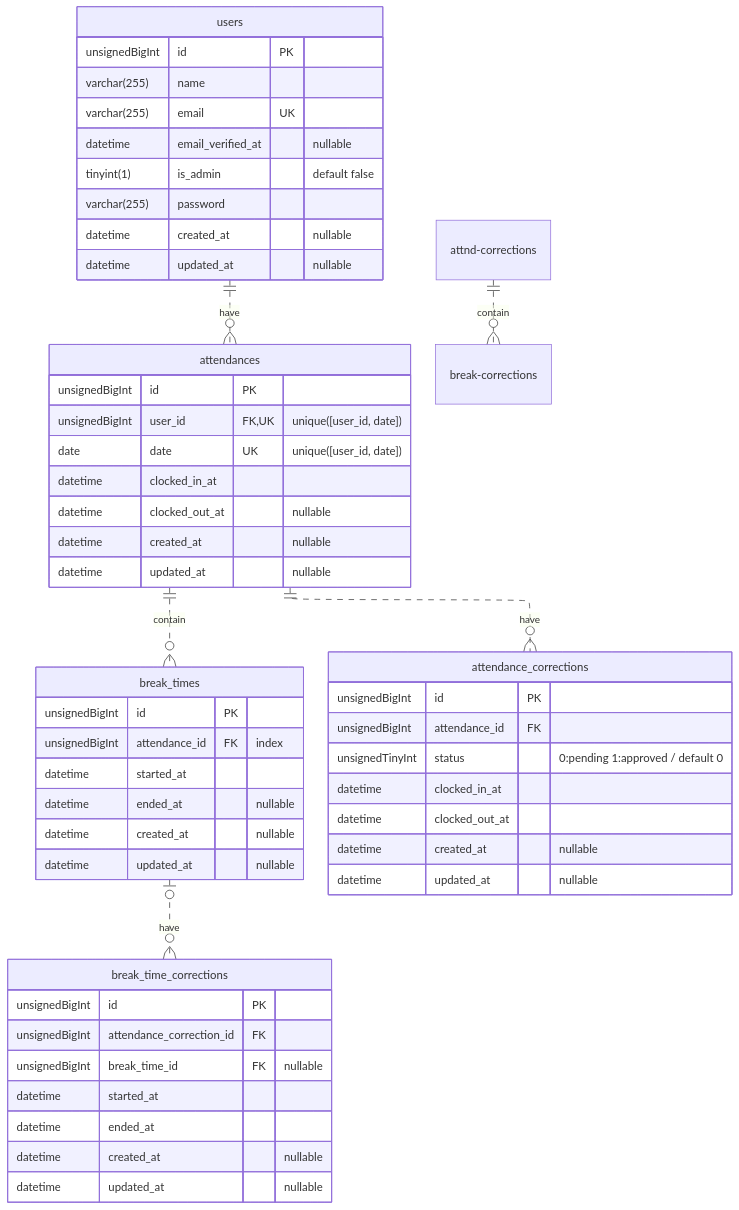
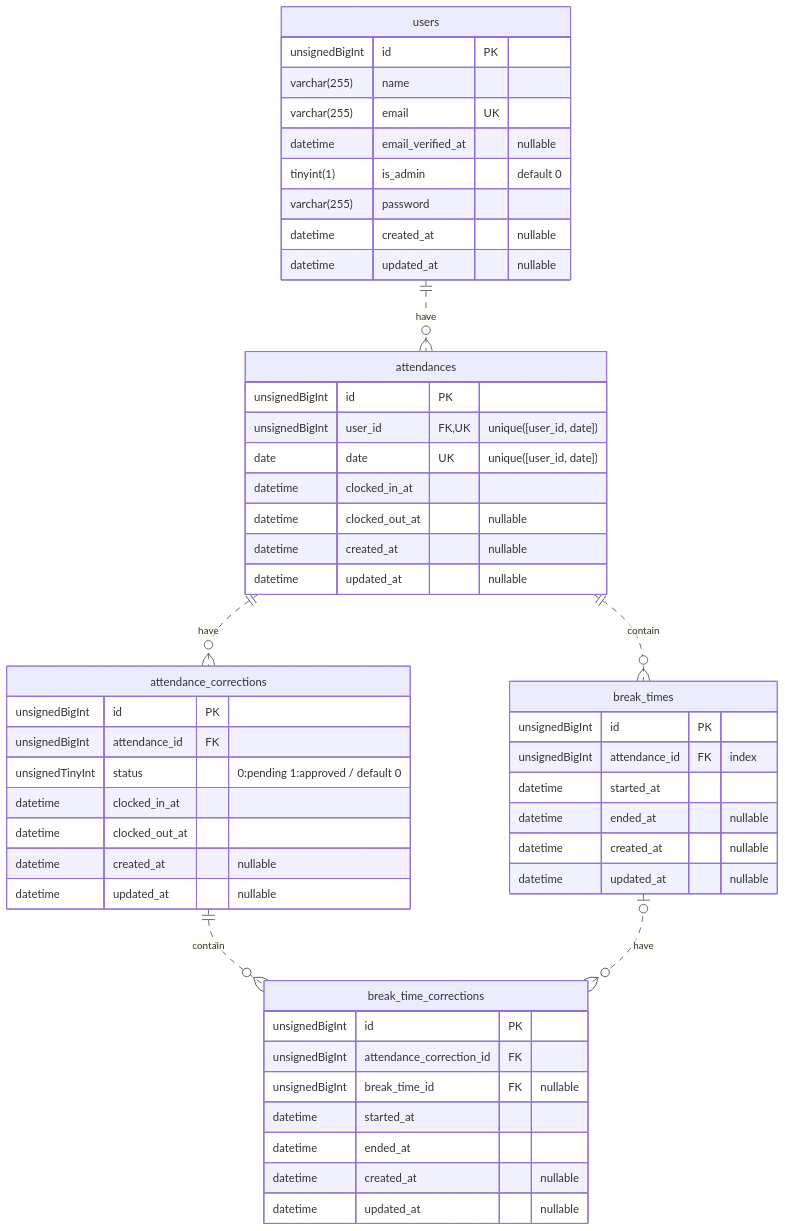
Before and after one commit to sangwon-lee302/time-and-attendance: the diagram in README.md, drawn with Mermaid. The commit also changed other lines of this file and 20 other files, not shown here.

````diff
--- a/README.md
+++ b/README.md
@@ -17,62 +30,58 @@
 ```mermaid
----
-config:
-    layout: elk
----
 erDiagram
     users ||..o{ attendances: "have"
     attendances ||..o{ break_times: "contain"
-    attendances ||..o{ attnd-crr: "have"
-    attnd-corrections ||..o{ break-corrections: "contain"
-    break_times |o..o{ break-crr: "have"
+    attendances ||..o{ attendance_corrections: "have"
+    attendance_corrections ||..o{ break_time_corrections: "contain"
+    break_times |o..o{ break_time_corrections: "have"
 
     users {
         unsignedBigInt id PK
         varchar(255) name
         varchar(255) email UK
         datetime email_verified_at "nullable"
-        tinyint(1) is_admin "default false"
+        tinyint(1) is_admin "default 0"
         varchar(255) password
         datetime created_at "nullable"
         datetime updated_at "nullable"
     }
 
     attendances {
         unsignedBigInt id PK
         unsignedBigInt user_id FK, UK "unique([user_id, date])"
         date date UK "unique([user_id, date])"
         datetime clocked_in_at
         datetime clocked_out_at "nullable"
         datetime created_at "nullable"
         datetime updated_at "nullable"
     }
 
     break_times {
         unsignedBigInt id PK
         unsignedBigInt attendance_id FK "index"
         datetime started_at
         datetime ended_at "nullable"
         datetime created_at "nullable"
         datetime updated_at "nullable"
     }
 
-    attnd-crr["attendance_corrections"] {
+    attendance_corrections {
         unsignedBigInt id PK
         unsignedBigInt attendance_id FK
         unsignedTinyInt status "0:pending 1:approved / default 0"
         datetime clocked_in_at
         datetime clocked_out_at
         datetime created_at "nullable"
         datetime updated_at "nullable"
     }
 
-    break-crr["break_time_corrections"] {
+    break_time_corrections {
         unsignedBigInt id PK
         unsignedBigInt attendance_correction_id FK
         unsignedBigInt break_time_id FK "nullable"
         datetime started_at
         datetime ended_at
         datetime created_at "nullable"
         datetime updated_at "nullable"
     }
 ```
````
